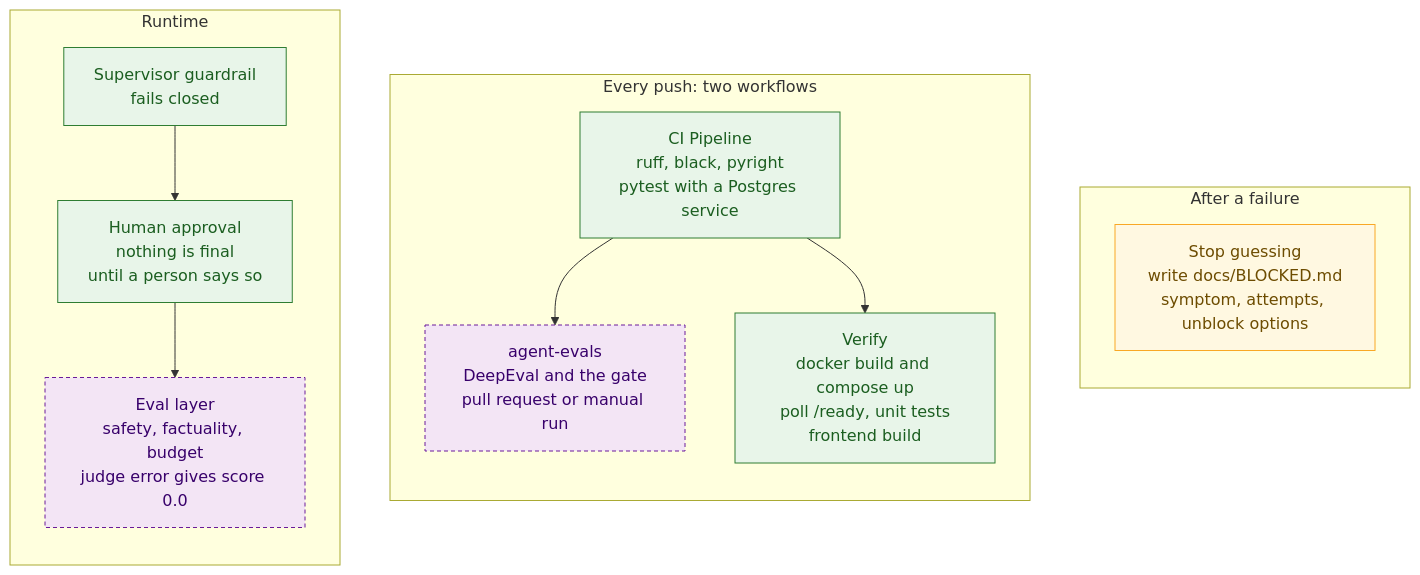
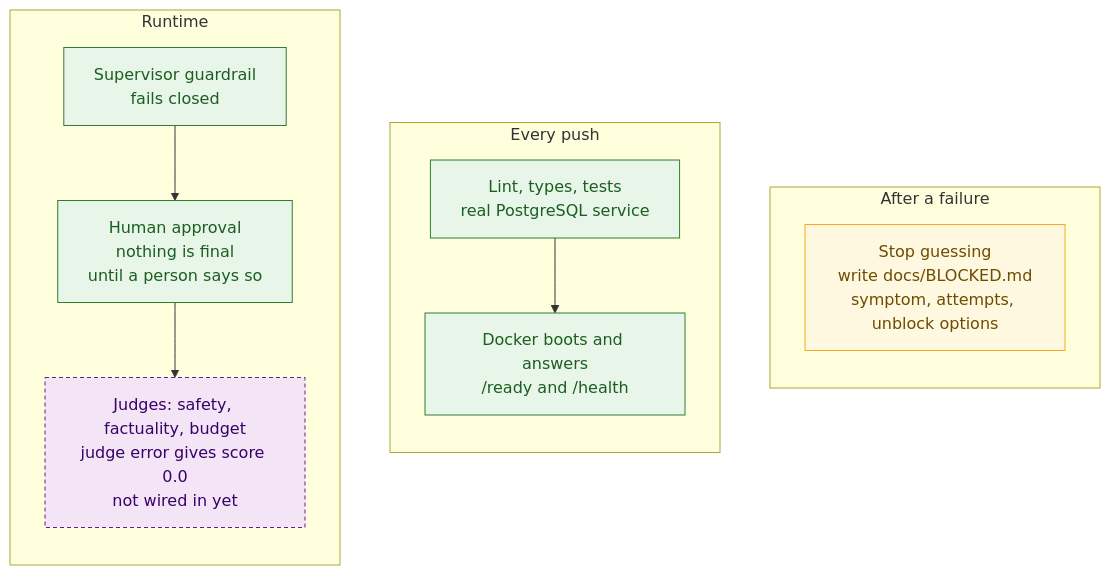
One commit to Amith-Ganta/Yatra-AI---A-Multi-Agent-Travel-Planner-with-LangGraph changed diagram 18 of 26 in README.md. Above: the diagram before and after it, drawn with Mermaid. The commit also changed other lines of this file and 2 other files, not shown here.

First line of the commit message:
Rewrite README with live URL, 26 validated Mermaid diagrams and an evidence ladder

````diff
--- a/README.md
+++ b/README.md
@@ -225,29 +776,28 @@
 ```mermaid
 flowchart LR
     subgraph RT["Runtime"]
         direction TB
         R1["Supervisor guardrail<br/>fails closed"] --> R3["Human approval<br/>nothing is final<br/>until a person says so"]
-        R3 --> R2["Eval layer<br/>safety, factuality, budget<br/>judge error gives score 0.0"]
+        R3 --> R2["Judges: safety, factuality, budget<br/>judge error gives score 0.0<br/>not wired in yet"]
     end
 
-    subgraph CI["Every push: two workflows"]
+    subgraph CI["Every push"]
         direction TB
-        C1["CI Pipeline<br/>ruff, black, pyright<br/>pytest with a Postgres service"] --> C3["agent-evals<br/>DeepEval and the gate<br/>pull request or manual run"]
-        C1 --> C2["Verify<br/>docker build and compose up<br/>poll /ready, unit tests<br/>frontend build"]
+        C1["Lint, types, tests<br/>real PostgreSQL service"] --> C2["Docker boots and answers<br/>/ready and /health"]
     end
 
     subgraph AF["After a failure"]
         direction TB
         A1["Stop guessing<br/>write docs/BLOCKED.md<br/>symptom, attempts, unblock options"]
     end
 
     RT ~~~ CI
     CI ~~~ AF
 
     classDef ok fill:#e8f5e9,stroke:#2e7d32,color:#1b5e20;
     classDef planned fill:#f3e5f5,stroke:#6a1b9a,color:#38006b,stroke-dasharray: 4 3;
     classDef doc fill:#fff8e1,stroke:#f9a825,color:#6d4c00;
     class R1,R3,C1,C2 ok;
-    class R2,C3 planned;
+    class R2 planned;
     class A1 doc;
 ```
````
